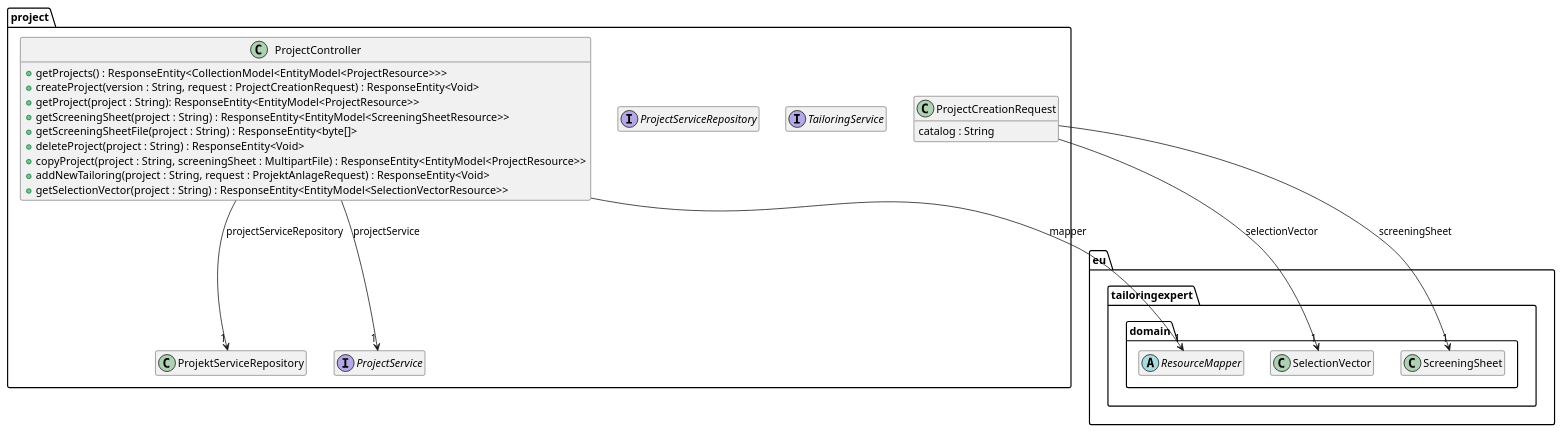
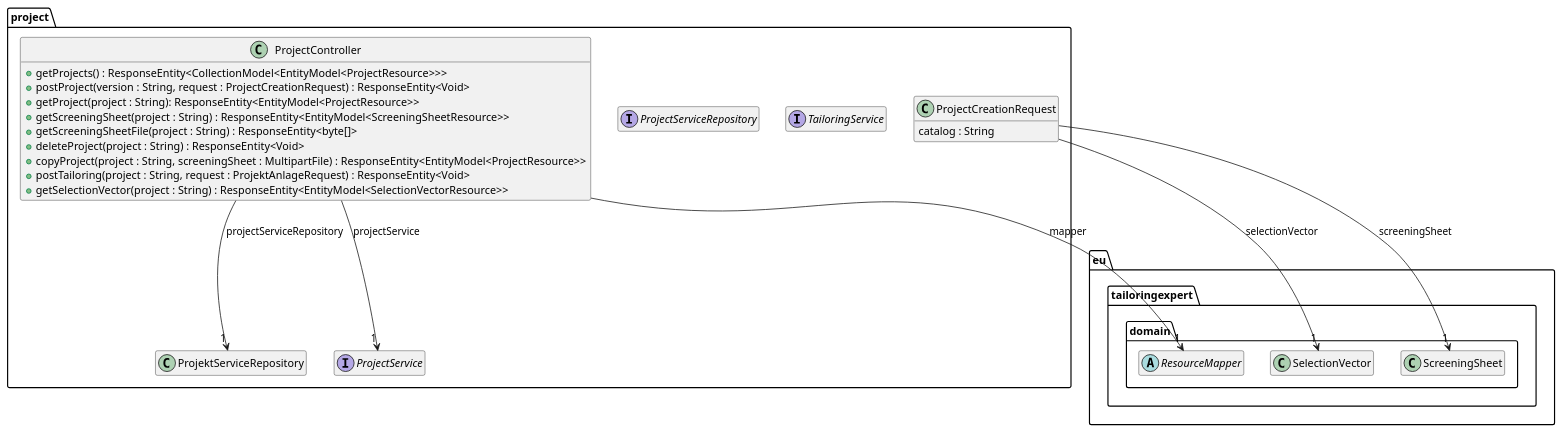
One commit to tailoringexpert/platform changed the diagram in src/site/arc42/plantuml/rest/project/Ebene3.plantuml. Above: the diagram before and after it, drawn with PlantUML. The commit also changed 69 other files, not shown here.

```diff
--- a/src/site/arc42/plantuml/rest/project/Ebene3.plantuml
+++ b/src/site/arc42/plantuml/rest/project/Ebene3.plantuml
@@ -1,43 +1,43 @@
 @startuml Ebene3.png
 hide empty members
 
 package eu.tailoringexpert {
     package domain {
         abstract class ResourceMapper
         class ScreeningSheet
         class SelectionVector
     }
 }
 
 package project {
     interface ProjectService {
     }
 
     interface TailoringService {
     }
 
     interface ProjectServiceRepository {
     }
 
     class ProjectCreationRequest {
         catalog : String
     }
     ProjectCreationRequest -> "1" ScreeningSheet : screeningSheet
     ProjectCreationRequest -> "1" SelectionVector : selectionVector
 
     class ProjectController {
         +getProjects() : ResponseEntity<CollectionModel<EntityModel<ProjectResource>>>
-        +createProject(version : String, request : ProjectCreationRequest) : ResponseEntity<Void>
+        +postProject(version : String, request : ProjectCreationRequest) : ResponseEntity<Void>
         +getProject(project : String): ResponseEntity<EntityModel<ProjectResource>>
         +getScreeningSheet(project : String) : ResponseEntity<EntityModel<ScreeningSheetResource>>
         +getScreeningSheetFile(project : String) : ResponseEntity<byte[]>
         +deleteProject(project : String) : ResponseEntity<Void>
         +copyProject(project : String, screeningSheet : MultipartFile) : ResponseEntity<EntityModel<ProjectResource>>
-        +addNewTailoring(project : String, request : ProjektAnlageRequest) : ResponseEntity<Void>
+        +postTailoring(project : String, request : ProjektAnlageRequest) : ResponseEntity<Void>
         +getSelectionVector(project : String) : ResponseEntity<EntityModel<SelectionVectorResource>>
     }
     ProjectController --> "1" ResourceMapper : mapper
     ProjectController --> "1" ProjectService : projectService
     ProjectController --> "1" ProjektServiceRepository : projectServiceRepository
 }
 @enduml
```
